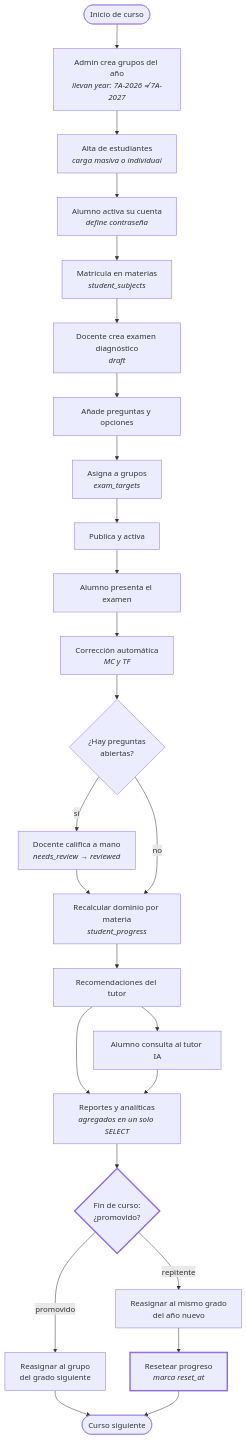
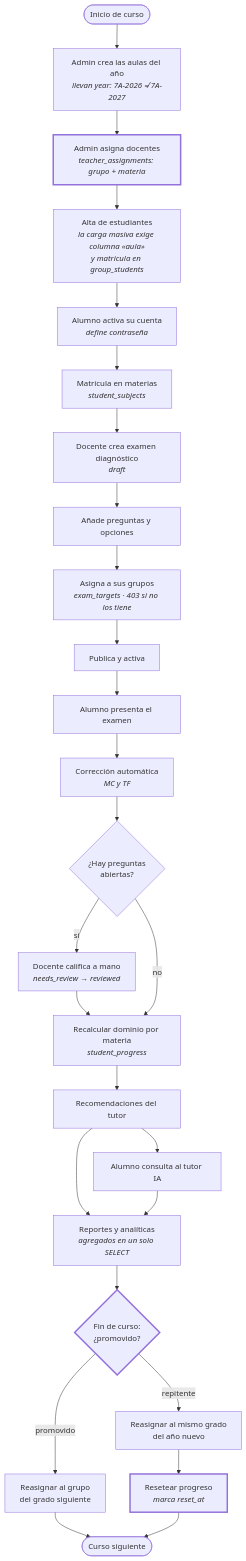
Diagram 16 of 16 in docs/DIAGRAMAS.md (Infil505/NeoEduCore-Back), drawn with Mermaid before and after one commit. The commit also changed other lines of this file and 3 other files, not shown here.

````diff
--- a/docs/DIAGRAMAS.md
+++ b/docs/DIAGRAMAS.md
@@ -964,45 +1054,47 @@
 ```mermaid
 flowchart TB
     START(["Inicio de curso"])
 
-    A["Admin crea grupos del año<br/><i>llevan year: 7A-2026 ≠ 7A-2027</i>"]
-    B["Alta de estudiantes<br/><i>carga masiva o individual</i>"]
+    A["Admin crea las aulas del año<br/><i>llevan year: 7A-2026 ≠ 7A-2027</i>"]
+    A2["Admin asigna docentes<br/><i>teacher_assignments: grupo + materia</i>"]
+    B["Alta de estudiantes<br/><i>la carga masiva exige columna «aula»<br/>y matricula en group_students</i>"]
     C["Alumno activa su cuenta<br/><i>define contraseña</i>"]
     D["Matrícula en materias<br/><i>student_subjects</i>"]
 
     E["Docente crea examen diagnóstico<br/><i>draft</i>"]
     F["Añade preguntas y opciones"]
-    G["Asigna a grupos<br/><i>exam_targets</i>"]
+    G["Asigna a sus grupos<br/><i>exam_targets · 403 si no los tiene</i>"]
     H["Publica y activa"]
 
     I["Alumno presenta el examen"]
     J["Corrección automática<br/><i>MC y TF</i>"]
     K{"¿Hay preguntas<br/>abiertas?"}
     L["Docente califica a mano<br/><i>needs_review → reviewed</i>"]
     M["Recalcular dominio por materia<br/><i>student_progress</i>"]
     N["Recomendaciones del tutor"]
 
     O["Reportes y analíticas<br/><i>agregados en un solo SELECT</i>"]
     P["Alumno consulta al tutor IA"]
 
     Q{"Fin de curso:<br/>¿promovido?"}
     R["Reasignar al grupo<br/>del grado siguiente"]
     S["Reasignar al mismo grado<br/>del año nuevo"]
     T["Resetear progreso<br/><i>marca reset_at</i>"]
     END(["Curso siguiente"])
 
-    START --> A --> B --> C --> D
+    START --> A --> A2 --> B --> C --> D
     D --> E --> F --> G --> H
     H --> I --> J --> K
     K -->|sí| L --> M
     K -->|no| M
     M --> N --> O
     N --> P
     P --> O
     O --> Q
     Q -->|promovido| R --> END
     Q -->|repitente| S --> T --> END
 
     style Q stroke-width:3px
     style T stroke-width:3px
+    style A2 stroke-width:3px
 ```
````
